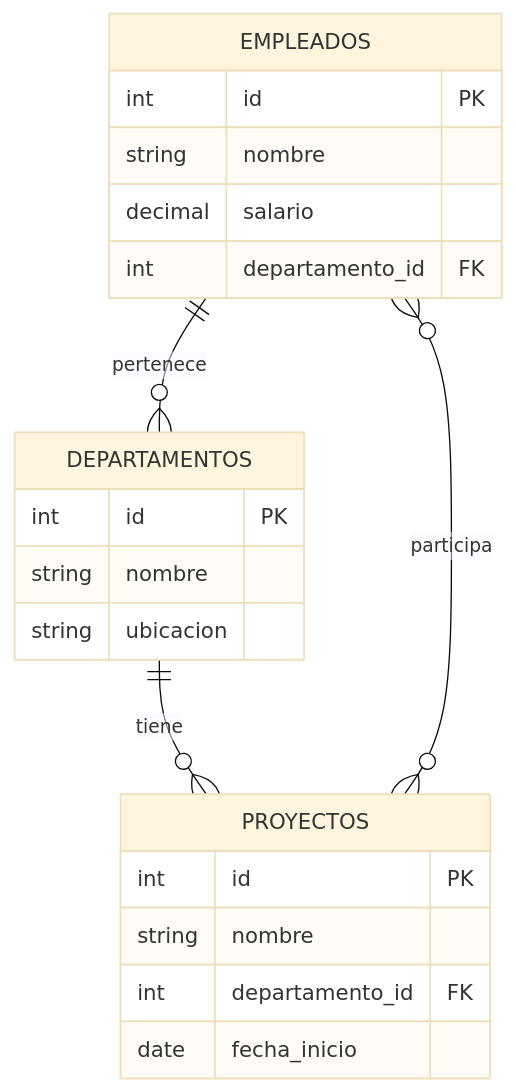
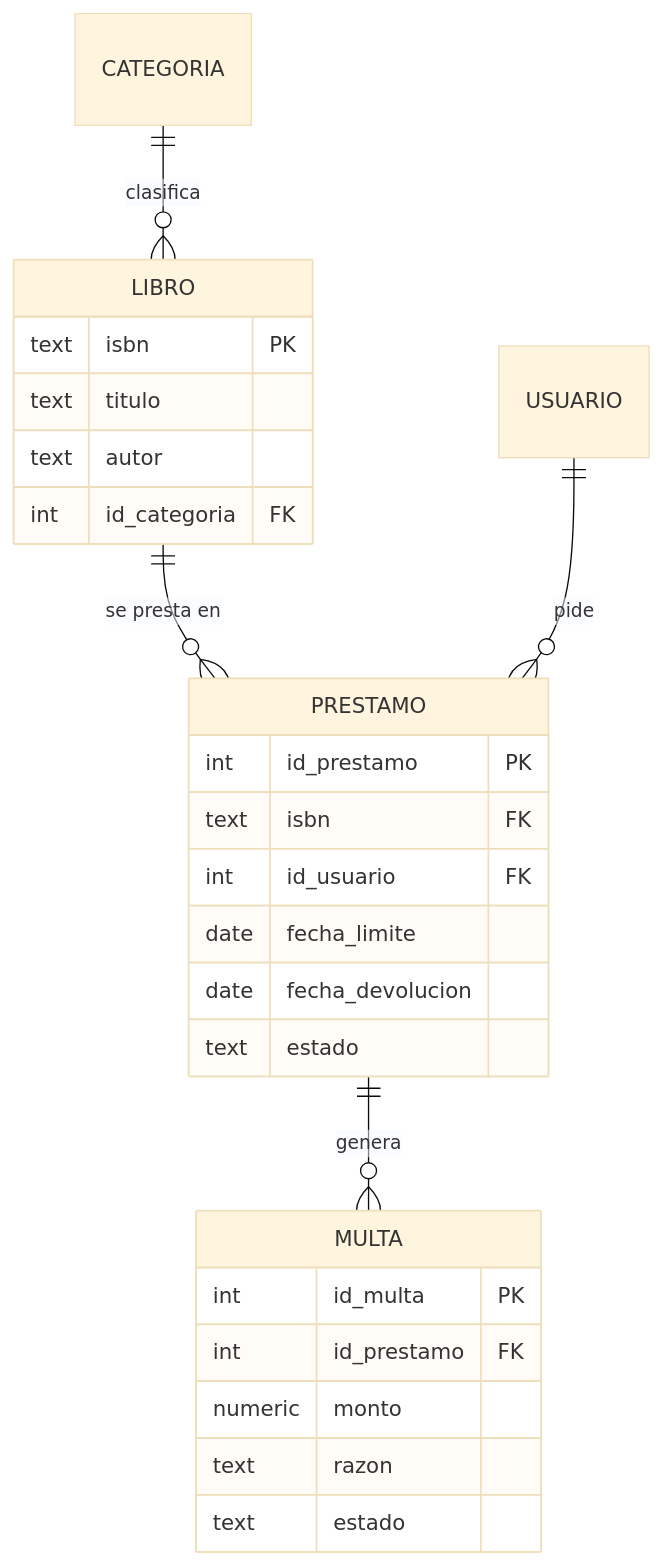
One commit to djaimej/computer-science-template changed the diagram in public/documents/semester-5/3/5365.md. Above: the diagram before and after it, drawn with Mermaid (base theme). The commit also changed other lines of this file and 5 other files, not shown here.

````diff
--- a/public/documents/semester-5/3/5365.md
+++ b/public/documents/semester-5/3/5365.md
@@ -227,26 +59,28 @@
 ```mermaid
 erDiagram
-    EMPLEADOS ||--o{ DEPARTAMENTOS : pertenece
-    EMPLEADOS {
-        int id PK
-        string nombre
-        decimal salario
-        int departamento_id FK
+    CATEGORIA ||--o{ LIBRO : clasifica
+    LIBRO ||--o{ PRESTAMO : "se presta en"
+    USUARIO ||--o{ PRESTAMO : pide
+    PRESTAMO ||--o{ MULTA : genera
+    LIBRO {
+        text isbn PK
+        text titulo
+        text autor
+        int id_categoria FK
     }
-
-    DEPARTAMENTOS ||--o{ PROYECTOS : tiene
-    DEPARTAMENTOS {
-        int id PK
-        string nombre
-        string ubicacion
+    PRESTAMO {
+        int id_prestamo PK
+        text isbn FK
+        int id_usuario FK
+        date fecha_limite
+        date fecha_devolucion
+        text estado
     }
-
-    PROYECTOS {
-        int id PK
-        string nombre
-        int departamento_id FK
-        date fecha_inicio
+    MULTA {
+        int id_multa PK
+        int id_prestamo FK
+        numeric monto
+        text razon
+        text estado
     }
-
-    EMPLEADOS }o--o{ PROYECTOS : participa
 ```
````
